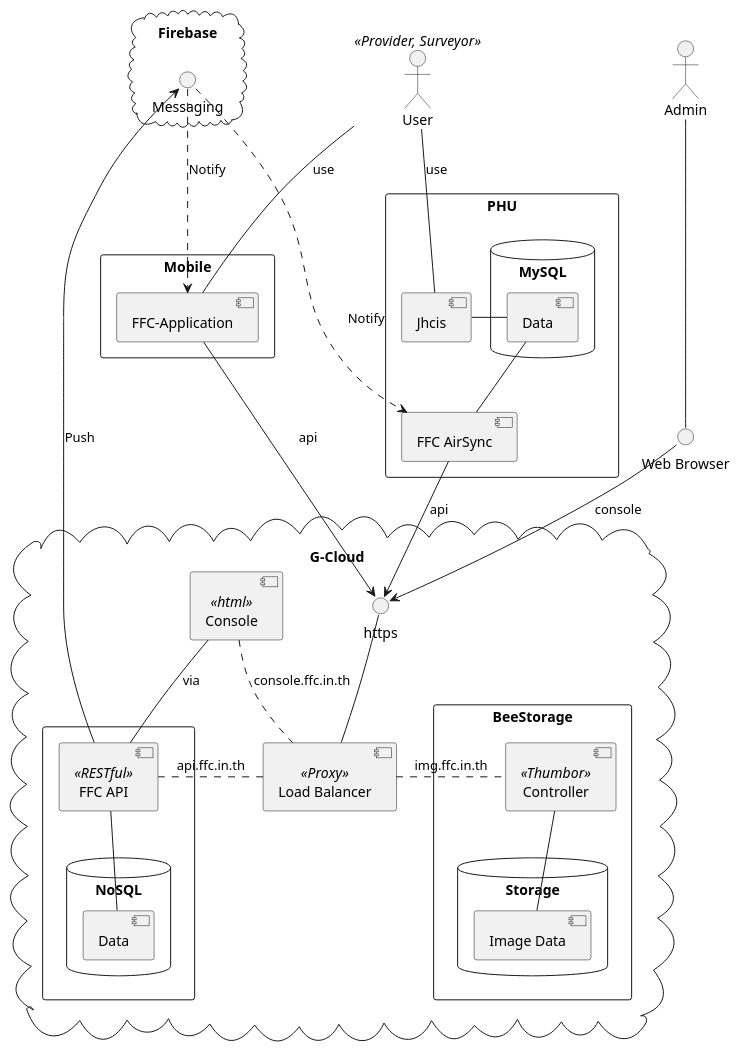
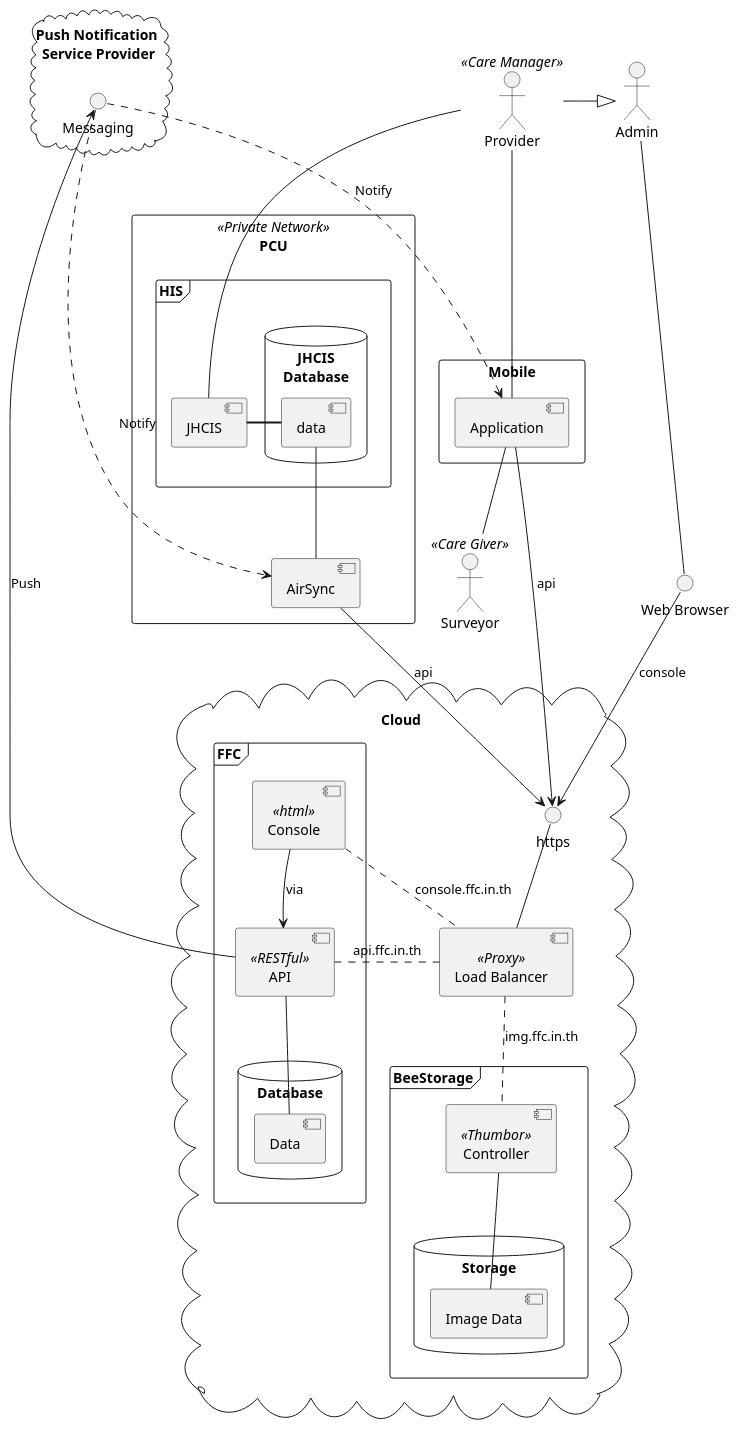
One commit to ffc-nectec/entities changed the diagram in uml/system.plantuml. Above: the diagram before and after it, drawn with PlantUML.

```diff
--- a/uml/system.plantuml
+++ b/uml/system.plantuml
@@ -1,66 +1,74 @@
 @startuml
 
 skinparam monochrome true
-skinparam componentStyle uml2
 
-rectangle "PHU" {
-    [FFC AirSync] as AirSync
-    [Jhcis]
-    database "MySQL" {
-        [Data] as JDB
+rectangle "PCU" <<Private Network>> {
+    [AirSync] as AirSync
+    frame "HIS" {
+        [JHCIS] as J
+        database "JHCIS\nDatabase" {
+            [data] as JDB
+        }
     }
     AirSync -up- JDB
-    JDB - Jhcis
+    JDB = J
 }
 
-cloud G-Cloud {
-  rectangle {
-      [FFC API] <<RESTful>> as API
-      database "NoSQL" {
+cloud Cloud {
+  frame FFC {
+      [API] <<RESTful>> as API
+      database "Database" {
         [Data]
       }
+      [Console] <<html>>
+      Console --> API : via
       API -down- Data
   }
-  rectangle "BeeStorage" {
+  frame "BeeStorage" {
       [Controller] <<Thumbor>> as Img
        database "Storage" {
           [Image Data] as ImgData
        }
         Img -down- ImgData
   }
   () https
   [Load Balancer] <<Proxy>> as Proxy
   Proxy -up- https
-  Proxy . API : api.ffc.in.th
-  Proxy . Img : img.ffc.in.th
-  [Console] <<html>>
+  Proxy -left. API : api.ffc.in.th
+  Proxy -. Img : img.ffc.in.th
+
   [Console] .. Proxy : console.ffc.in.th
-  [Console] - API : via
+
 }
 
-cloud Firebase {
+cloud "Push Notification \nService Provider" {
    () Messaging
 }
 
 rectangle Mobile {
-    [FFC-Application] as app
+    [Application] as app
 }
 
 API --> Messaging : Push
 Messaging ..> app : Notify
 Messaging ...> AirSync : Notify
 
 AirSync ---> https : api
 app ---> https : api
 
-actor User
-User <<Provider, Surveyor>>
-User -- Jhcis : use
-User - app : use
+actor "HealthCare\n Provider" as Provider
+Provider <<Care Manager>>
+Provider -- J
+Provider - app
+
+actor Surveyor
+Surveyor <<Care Giver>>
+app -- Surveyor
 
 actor Admin
+Provider -|> Admin
 () "Web Browser" as web
 web -up-- Admin
 web --> https : console
 
 @enduml
```
